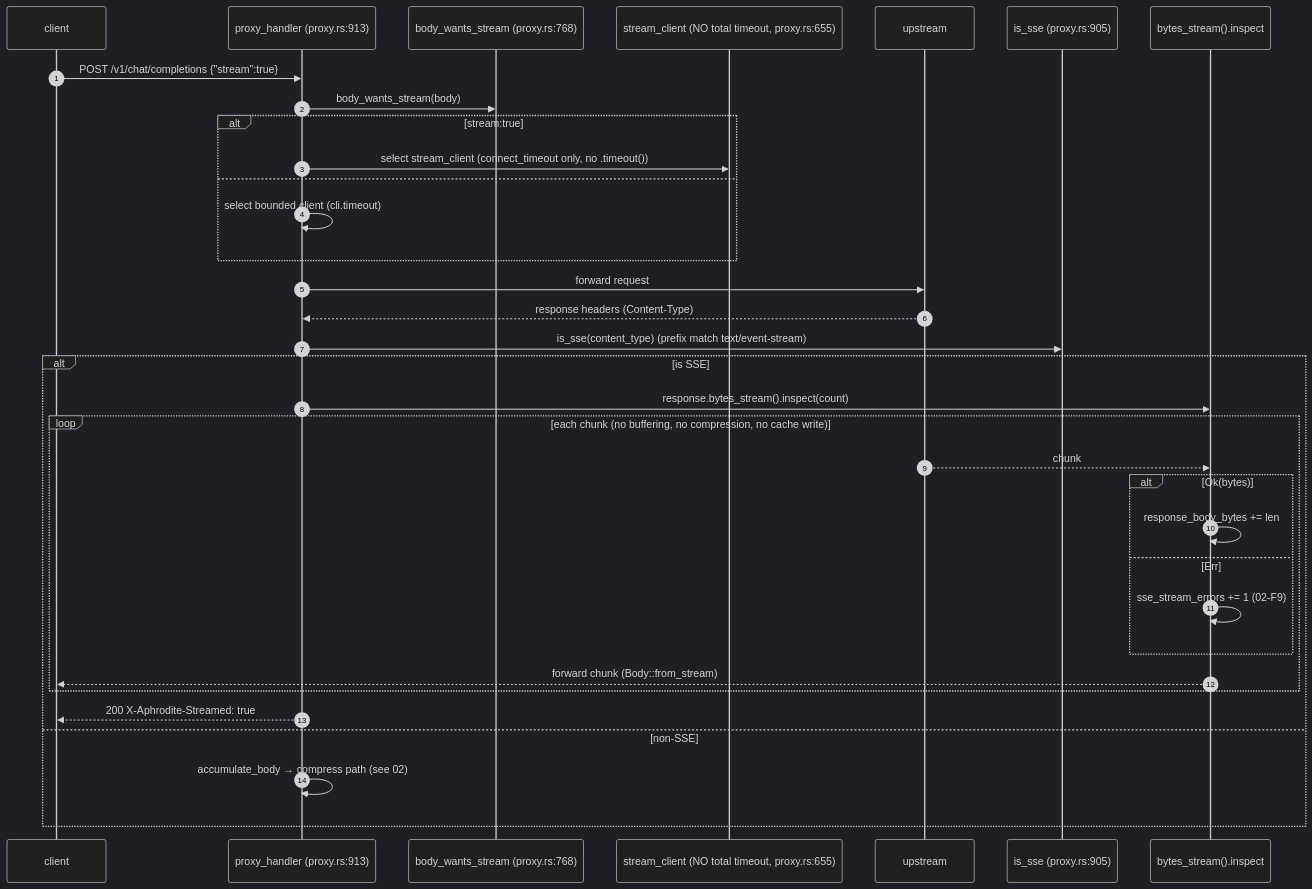
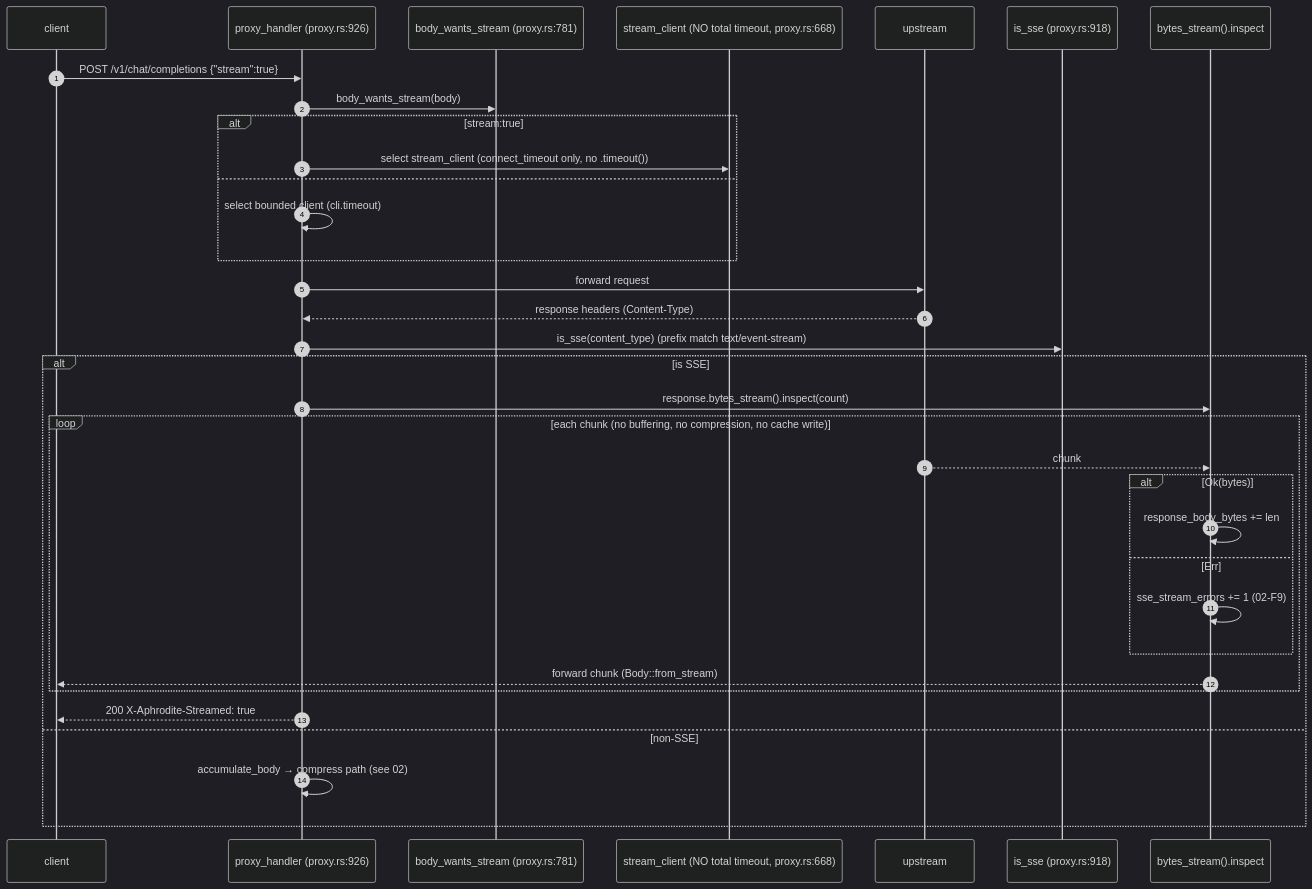
The first of 2 diagrams in .hermes/uml/06-sse-streaming.md (PlayForm/Aphrodite), drawn with Mermaid (dark theme) before and after one commit. The commit also changed other lines of this file and 20 other files, not shown here.

````diff
--- a/.hermes/uml/06-sse-streaming.md
+++ b/.hermes/uml/06-sse-streaming.md
@@ -11,37 +11,37 @@
 ```mermaid
 sequenceDiagram
     autonumber
     participant C as client
-    participant PH as proxy_handler (proxy.rs:913)
-    participant BW as body_wants_stream (proxy.rs:768)
-    participant SC as stream_client (NO total timeout, proxy.rs:655)
+    participant PH as proxy_handler (proxy.rs:926)
+    participant BW as body_wants_stream (proxy.rs:781)
+    participant SC as stream_client (NO total timeout, proxy.rs:668)
     participant Up as upstream
-    participant IS as is_sse (proxy.rs:905)
+    participant IS as is_sse (proxy.rs:918)
     participant STR as bytes_stream().inspect
 
     C->>PH: POST /v1/chat/completions {"stream":true}
     PH->>BW: body_wants_stream(body)
     alt stream:true
         PH->>SC: select stream_client (connect_timeout only, no .timeout())
     else
         PH->>PH: select bounded client (cli.timeout)
     end
     PH->>Up: forward request
     Up-->>PH: response headers (Content-Type)
     PH->>IS: is_sse(content_type)  (prefix match text/event-stream)
     alt is SSE
         PH->>STR: response.bytes_stream().inspect(count)
         loop each chunk (no buffering, no compression, no cache write)
             Up-->>STR: chunk
             alt Ok(bytes)
                 STR->>STR: response_body_bytes += len
             else Err
                 STR->>STR: sse_stream_errors += 1  (02-F9)
             end
             STR-->>C: forward chunk (Body::from_stream)
         end
         PH-->>C: 200 X-Aphrodite-Streamed: true
     else non-SSE
         PH->>PH: accumulate_body → compress path (see 02)
     end
 ```
````
